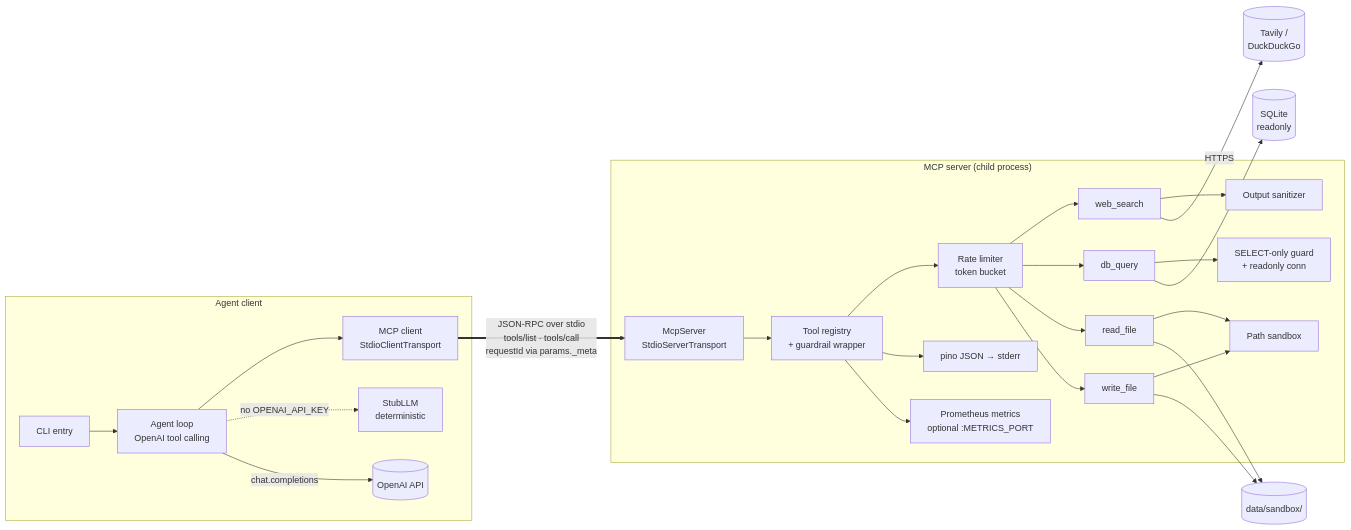
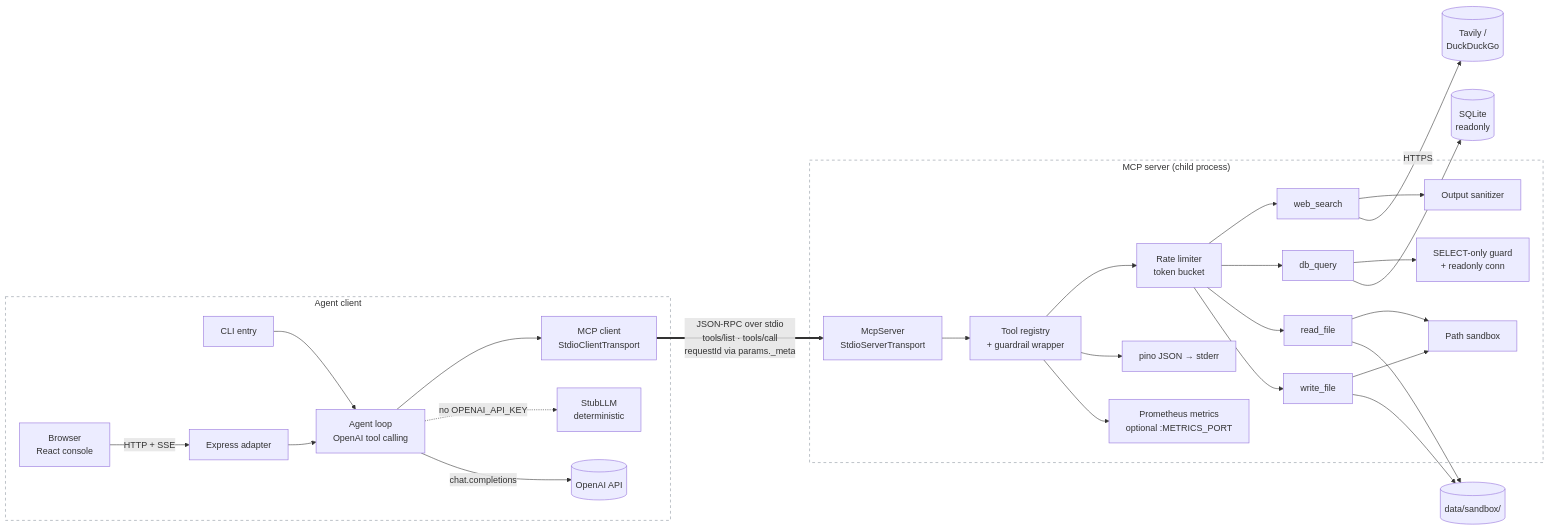
The diagram in README.md (kanderson-ai-dev/mcp-agent-toolkit), drawn with Mermaid before and after one commit. The commit also changed 1 other file, not shown here.

Commit message:
docs: fix mermaid subgraph fill + add web layer to README diagram
Default subgraph fill renders as a gray box on GitHub dark theme —
styled both subgraphs transparent with a neutral dashed border instead.
README diagram also picks up the browser/SSE/Express web layer added
in Phase 13's architecture.md update.

````diff
--- a/README.md
+++ b/README.md
@@ -92,31 +92,36 @@
 ```mermaid
 graph LR
     subgraph client["Agent client"]
         CLI[CLI entry] --> LOOP[Agent loop<br/>OpenAI tool calling]
+        BROWSER[Browser<br/>React console] -->|HTTP + SSE| WEB[Express adapter]
+        WEB --> LOOP
         LOOP --> MC[MCP client<br/>StdioClientTransport]
         LOOP -.->|no OPENAI_API_KEY| STUB[StubLLM<br/>deterministic]
         LOOP -->|chat.completions| OAI[(OpenAI API)]
     end
 
     MC ==>|"JSON-RPC over stdio<br/>tools/list · tools/call<br/>requestId via params._meta"| MS
 
     subgraph server["MCP server (child process)"]
         MS[McpServer<br/>StdioServerTransport] --> REG[Tool registry<br/>+ guardrail wrapper]
         REG --> RL[Rate limiter<br/>token bucket]
         RL --> T1[web_search]
         RL --> T2[db_query]
         RL --> T3[read_file]
         RL --> T4[write_file]
         T1 --> SANE[Output sanitizer]
         T2 --> SQLG[SELECT-only guard<br/>+ readonly conn]
         T3 --> FS[Path sandbox]
         T4 --> FS
         REG --> LOG[pino JSON → stderr]
         REG --> MET[Prometheus metrics<br/>optional :METRICS_PORT]
     end
 
     T1 -->|HTTPS| EXT1[(Tavily /<br/>DuckDuckGo)]
     T2 --> EXT2[(SQLite<br/>readonly)]
     T3 --> EXT3[(data/sandbox/)]
     T4 --> EXT3
+
+    style client fill:transparent,stroke:#8b949e,stroke-dasharray:5 5
+    style server fill:transparent,stroke:#8b949e,stroke-dasharray:5 5
 ```
````
